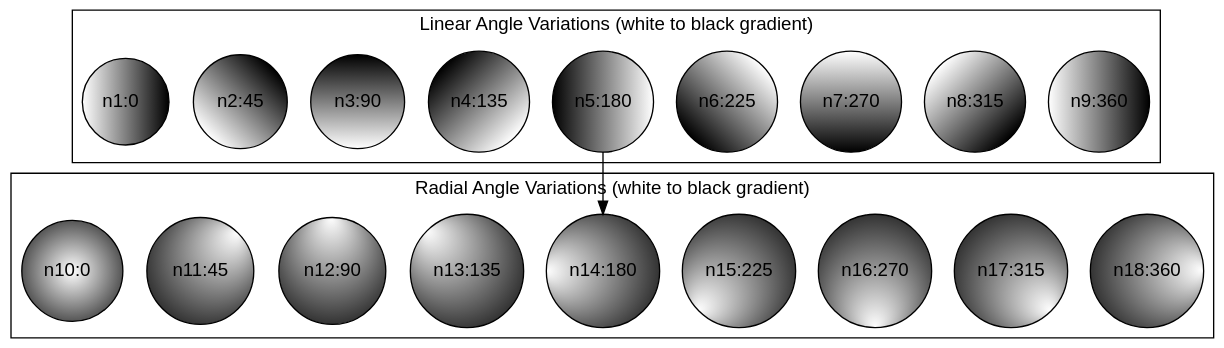
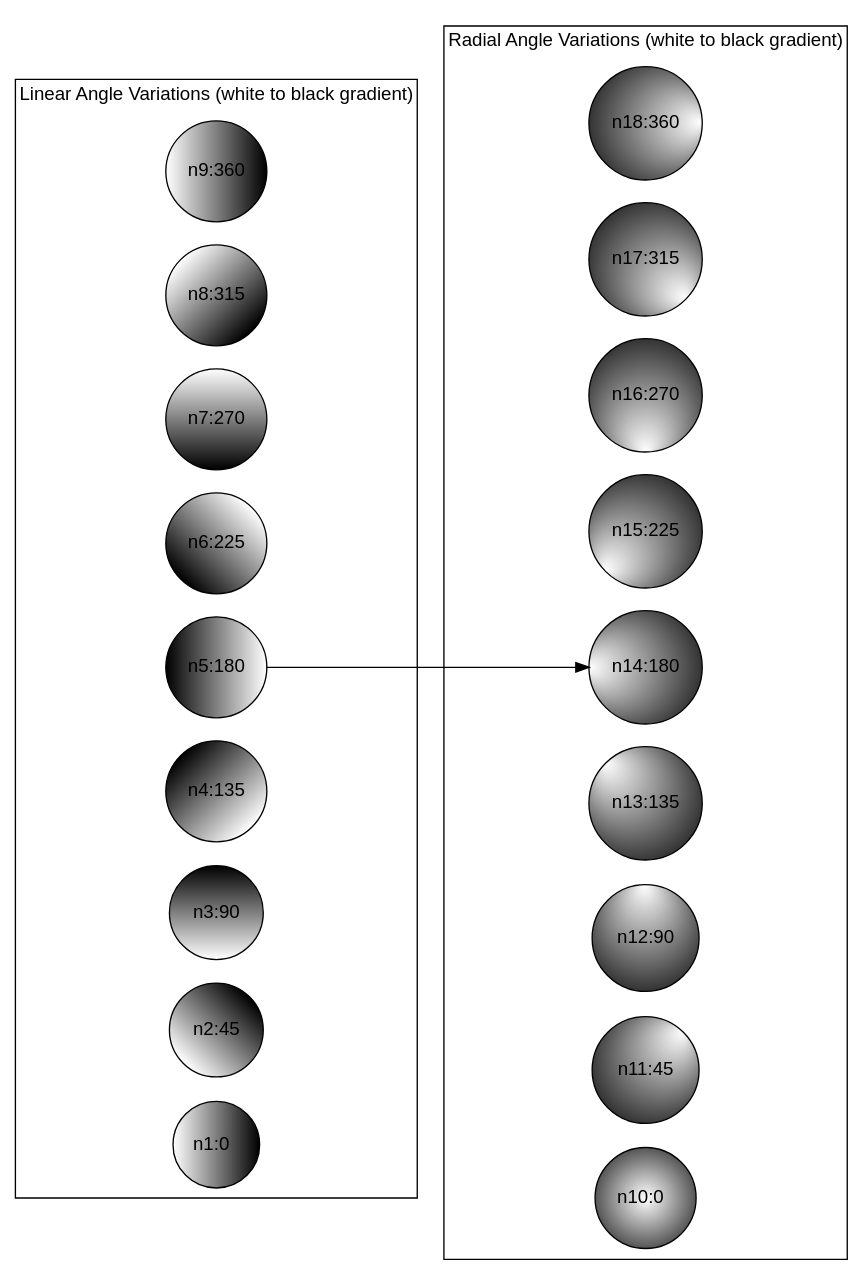
Before and after one commit to Qiu-Weidong/vscode-graphviz-extension: the diagram in examples/angles.dot, drawn with Graphviz. The commit also changed 9 other files, not shown here.

```diff
--- a/examples/angles.dot
+++ b/examples/angles.dot
@@ -1,41 +1,41 @@
 digraph {
-  bgcolor="transparent";
+  rankdir = "LR";
   fontname="Helvetica,Arial,sans-serif";
   node [fontname="Helvetica,Arial,sans-serif"];
   edge [fontname="Helvetica,Arial,sans-serif"];
-  node [shape="circle", fillcolor="white:black", fontcolor="black"];
+  node [shape="circle"; fillcolor="white:black"; fontcolor="black"];
   
   subgraph cluster_1 {
     label="Linear Angle Variations (white to black gradient)";
     node [style="filled"];
     n9 [gradientangle=360, label="n9:360"];
     n8 [gradientangle=315, label="n8:315"];
     n7 [gradientangle=270, label="n7:270"];
     n6 [gradientangle=225, label="n6:225"];
     n5 [gradientangle=180, label="n5:180"];
     n4 [gradientangle=135, label="n4:135"];
     n3 [gradientangle=90, label="n3:90 "];
     n2 [gradientangle=45, label="n2:45 "];
     n1 [gradientangle=0, label="n1:0  "];
 
   }
 
   
   subgraph cluster_2 {
     label="Radial Angle Variations (white to black gradient)";
     node [style="radial"];
     n18 [gradientangle=360, label="n18:360"];
     n17 [gradientangle=315, label="n17:315"];
     n16 [gradientangle=270, label="n16:270"];
     n15 [gradientangle=225, label="n15:225"];
     n14 [gradientangle=180, label="n14:180"];
     n13 [gradientangle=135, label="n13:135"];
     n12 [gradientangle=90, label="n12:90 "];
     n11 [gradientangle=45, label="n11:45 "];
     n10 [gradientangle=0, label="n10:0  "];
 
   }
 
   n5 -> n14;
 
 }
```
